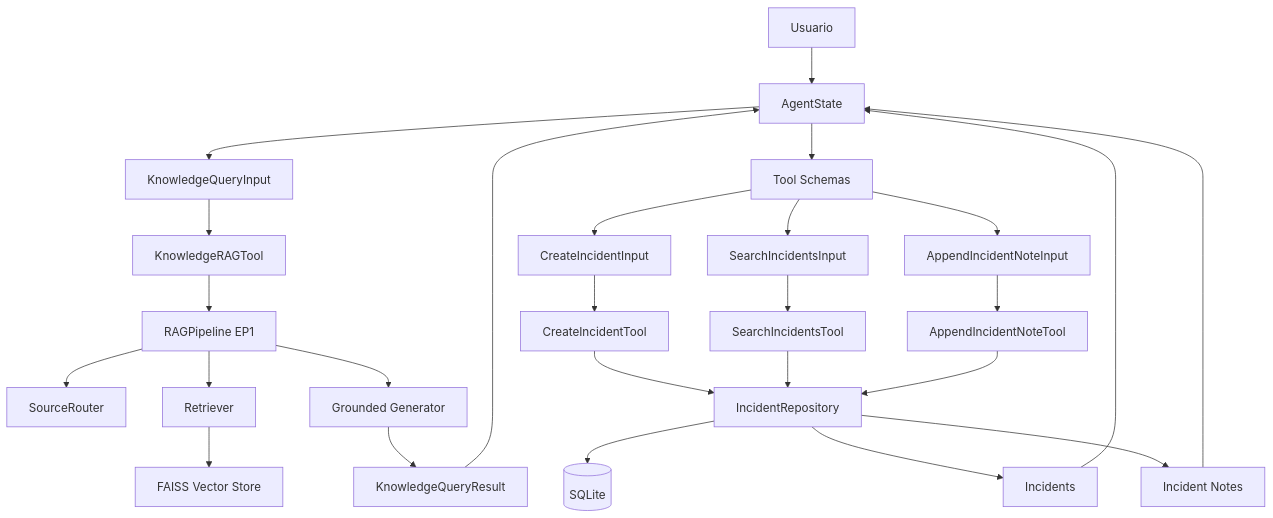
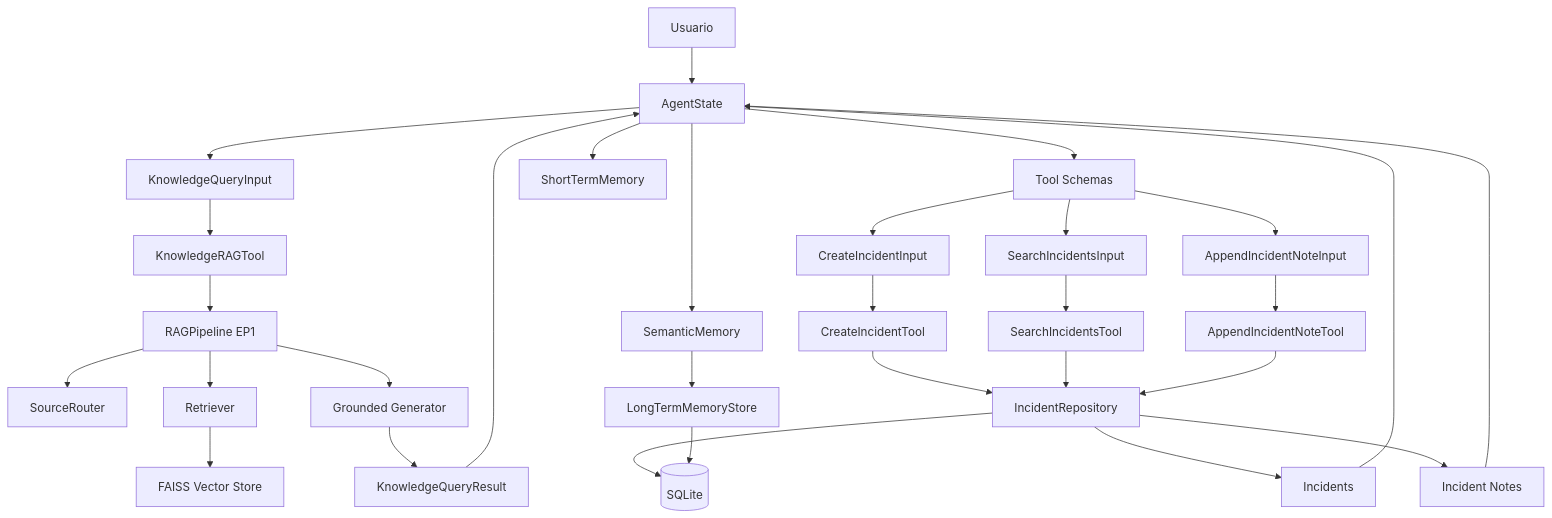
One commit to HikariLucy/KnowledgeFlow-Agent changed the first of 2 diagrams in README.md. Above: the diagram before and after it, drawn with Mermaid. The commit also changed other lines of this file, not shown here.

Commit message:
docs: document memory architecture and tests

```diff
--- a/README.md
+++ b/README.md
@@ -137,35 +138,40 @@
 ~~~mermaid
 flowchart TD
     U[Usuario] --> AS[AgentState]
 
     AS --> KQT[KnowledgeQueryInput]
     KQT --> KRT[KnowledgeRAGTool]
 
     KRT --> RP[RAGPipeline EP1]
     RP --> SR[SourceRouter]
     RP --> RET[Retriever]
     RET --> VS[FAISS Vector Store]
     RP --> GEN[Grounded Generator]
     GEN --> KR[KnowledgeQueryResult]
 
     AS --> TS[Tool Schemas]
     TS --> CI[CreateIncidentInput]
     TS --> SI[SearchIncidentsInput]
     TS --> AN[AppendIncidentNoteInput]
 
     CI --> CIT[CreateIncidentTool]
     SI --> SIT[SearchIncidentsTool]
     AN --> NIT[AppendIncidentNoteTool]
 
     DB[(SQLite)]
     CIT --> IR[IncidentRepository]
     SIT --> IR
     NIT --> IR
     IR --> DB
     IR --> INC[Incidents]
     IR --> NOTES[Incident Notes]
 
     KR --> AS
     INC --> AS
     NOTES --> AS
+
+    AS --> STM[ShortTermMemory]
+    AS --> SM[SemanticMemory]
+    SM --> LTM[LongTermMemoryStore]
+    LTM --> DB
 ~~~
```
